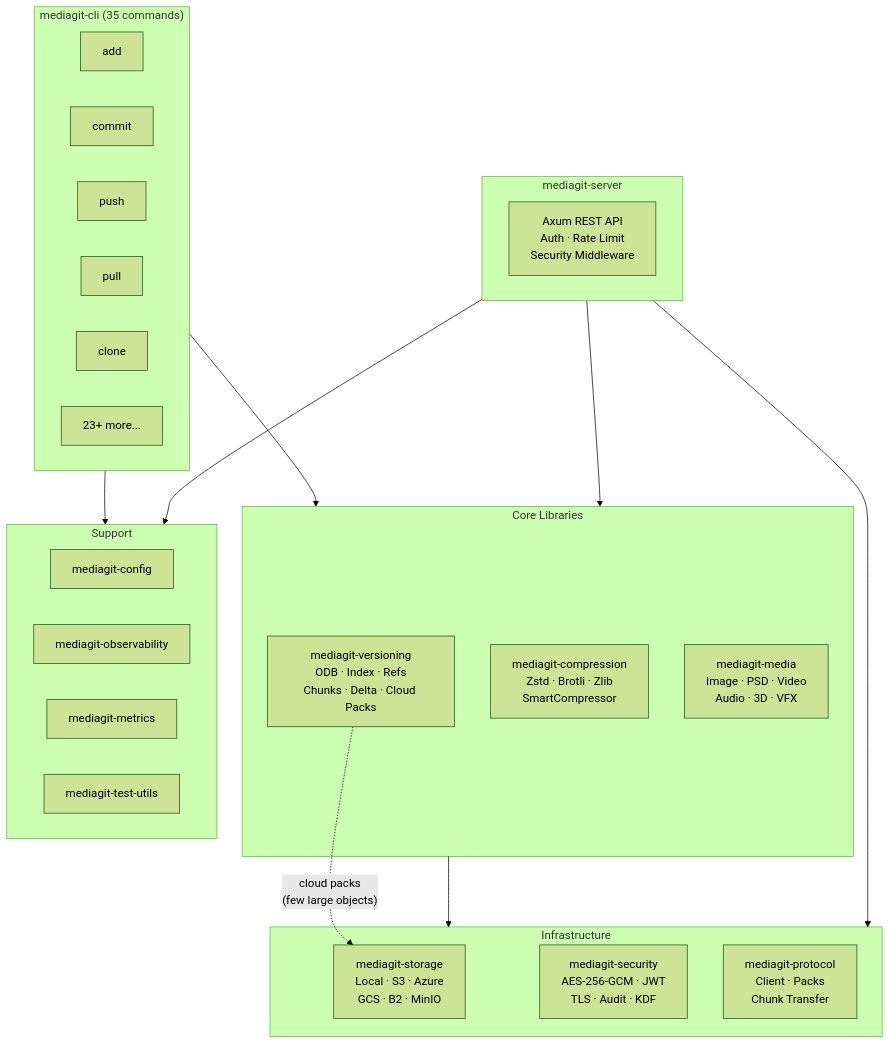
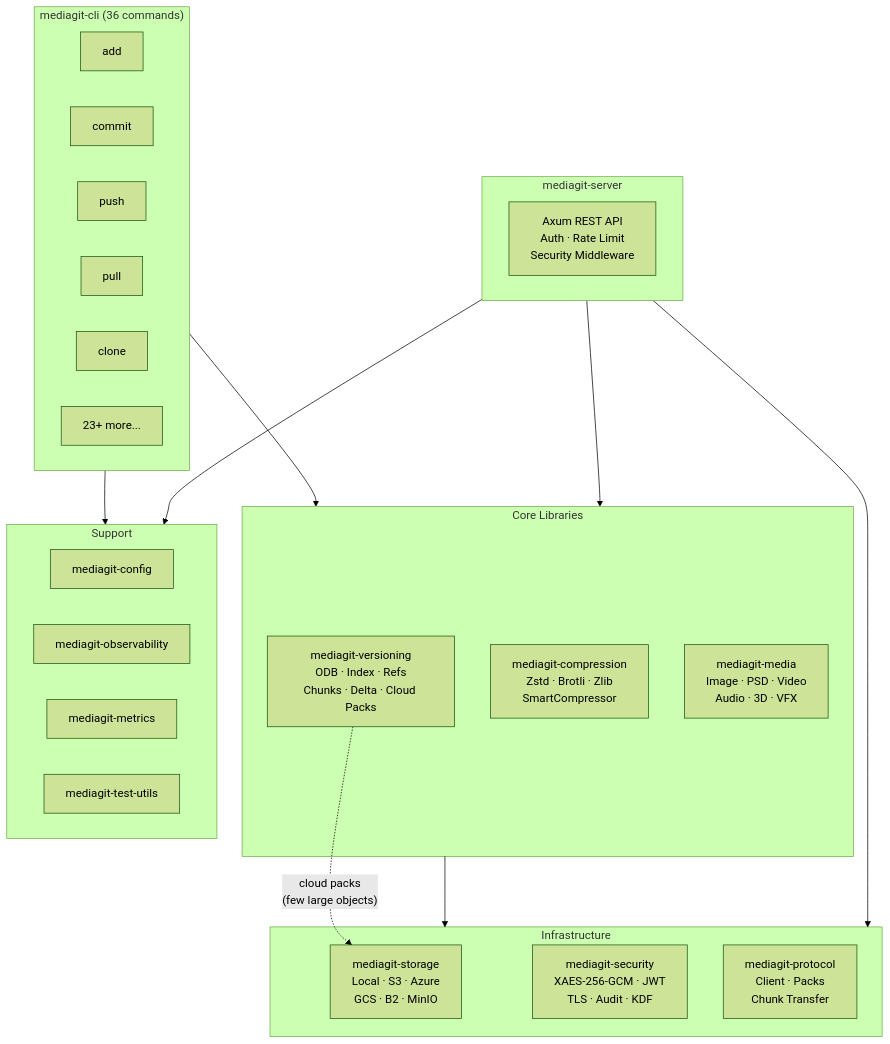
One commit to winnyboy5/mediagit-core changed the first of 2 diagrams in book/src/architecture/README.md. Above: the diagram before and after it, drawn with Mermaid (forest theme). The commit also changed other lines of this file and 21 other files, not shown here.

````diff
--- a/book/src/architecture/README.md
+++ b/book/src/architecture/README.md
@@ -7,42 +7,42 @@
 ```mermaid
 graph TD
-    subgraph CLI["mediagit-cli (35 commands)"]
+    subgraph CLI["mediagit-cli (36 commands)"]
         ADD["add"]
         COMMIT["commit"]
         PUSH["push"]
         PULL["pull"]
         CLONE["clone"]
         OTHER["23+ more..."]
     end
 
     subgraph Core["Core Libraries"]
         VER["mediagit-versioning<br/>ODB · Index · Refs<br/>Chunks · Delta · Cloud Packs"]
         COMP["mediagit-compression<br/>Zstd · Brotli · Zlib<br/>SmartCompressor"]
         MEDIA["mediagit-media<br/>Image · PSD · Video<br/>Audio · 3D · VFX"]
     end
 
     subgraph Infra["Infrastructure"]
         STORE["mediagit-storage<br/>Local · S3 · Azure<br/>GCS · B2 · MinIO"]
-        SEC["mediagit-security<br/>AES-256-GCM · JWT<br/>TLS · Audit · KDF"]
+        SEC["mediagit-security<br/>XAES-256-GCM · JWT<br/>TLS · Audit · KDF"]
         PROTO["mediagit-protocol<br/>Client · Packs<br/>Chunk Transfer"]
     end
 
     subgraph Support["Support"]
         CFG["mediagit-config"]
         OBS["mediagit-observability"]
         MET["mediagit-metrics"]
         TEST["mediagit-test-utils"]
     end
 
     subgraph Server["mediagit-server"]
         AXUM["Axum REST API<br/>Auth · Rate Limit<br/>Security Middleware"]
     end
 
     CLI --> Core
     Core --> Infra
     Server --> Core
     Server --> Infra
     CLI --> Support
     Server --> Support
     VER -.->|"cloud packs<br/>(few large objects)"| STORE
 ```
````
